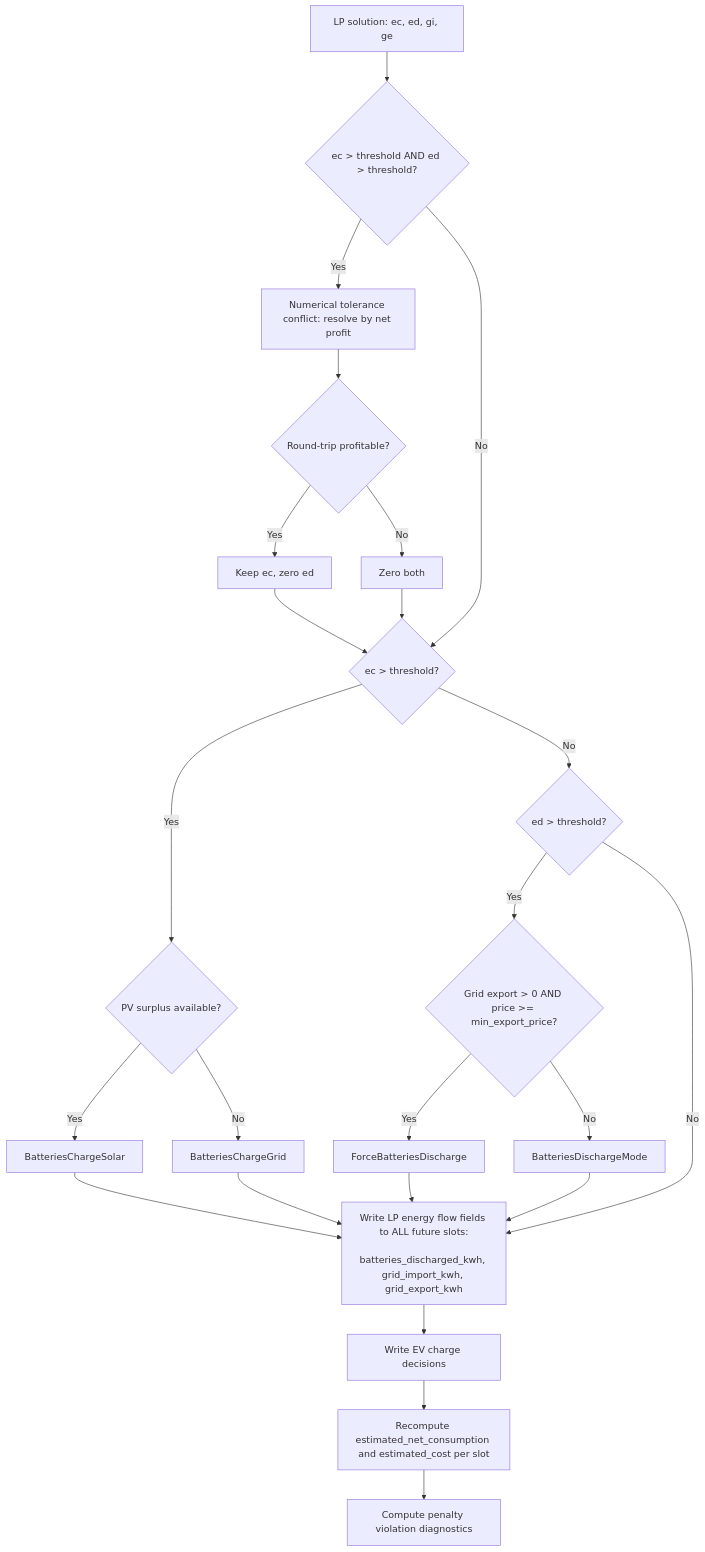
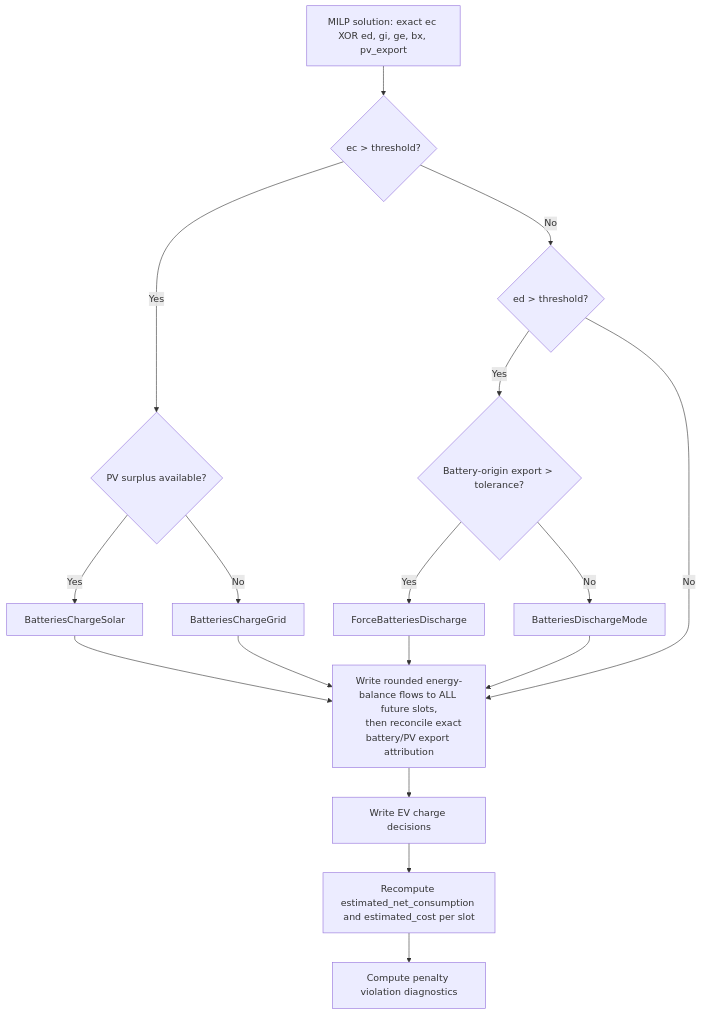
One commit to Ambilights/hsem-ambilights changed the second of 2 diagrams in docs/milp-optimization.md. Above: the diagram before and after it, drawn with Mermaid. The commit also changed other lines of this file and 30 other files, not shown here.

````diff
--- a/docs/milp-optimization.md
+++ b/docs/milp-optimization.md
@@ -426,37 +581,28 @@
 ```mermaid
 flowchart TD
-    A[LP solution: ec, ed, gi, ge]
-    B{ec > threshold AND ed > threshold?}
-    C[Numerical tolerance conflict: resolve by net profit]
-    D{Round-trip profitable?}
-    E[Keep ec, zero ed]
-    F[Zero both]
+    A[MILP solution: exact ec XOR ed, gi, ge, bx, pv_export]
     G{ec > threshold?}
     H{PV surplus available?}
     I[BatteriesChargeSolar]
     J[BatteriesChargeGrid]
     K{ed > threshold?}
-    L{Grid export > 0 AND price >= min_export_price?}
+    L{Battery-origin export > tolerance?}
     M[ForceBatteriesDischarge]
     N[BatteriesDischargeMode]
-    N2[Write LP energy flow fields to ALL future slots:
-    batteries_discharged_kwh, grid_import_kwh, grid_export_kwh]
+    N2[Write rounded energy-balance flows to ALL future slots,
+    then reconcile exact battery/PV export attribution]
     O[Write EV charge decisions]
     P[Recompute estimated_net_consumption and estimated_cost per slot]
     Q[Compute penalty violation diagnostics]
 
-    A --> B
-    B -->|Yes| C --> D
-    D -->|Yes| E --> G
-    D -->|No| F --> G
-    B -->|No| G
+    A --> G
     G -->|Yes| H
     H -->|Yes| I --> N2
     H -->|No| J --> N2
     G -->|No| K
     K -->|Yes| L
     L -->|Yes| M --> N2
     L -->|No| N --> N2
     K -->|No| N2
     N2 --> O --> P --> Q
 ```
````
